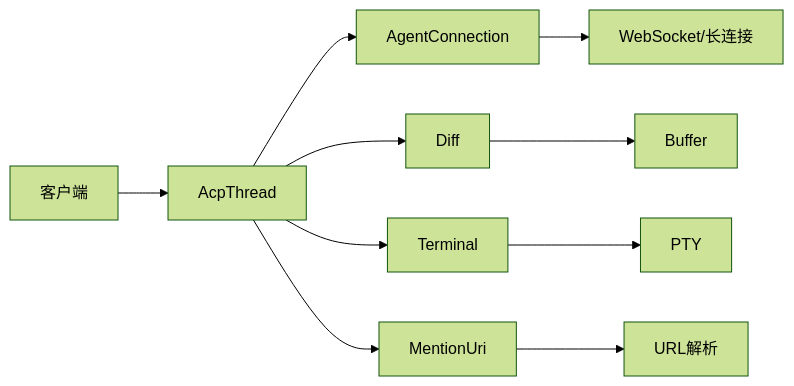
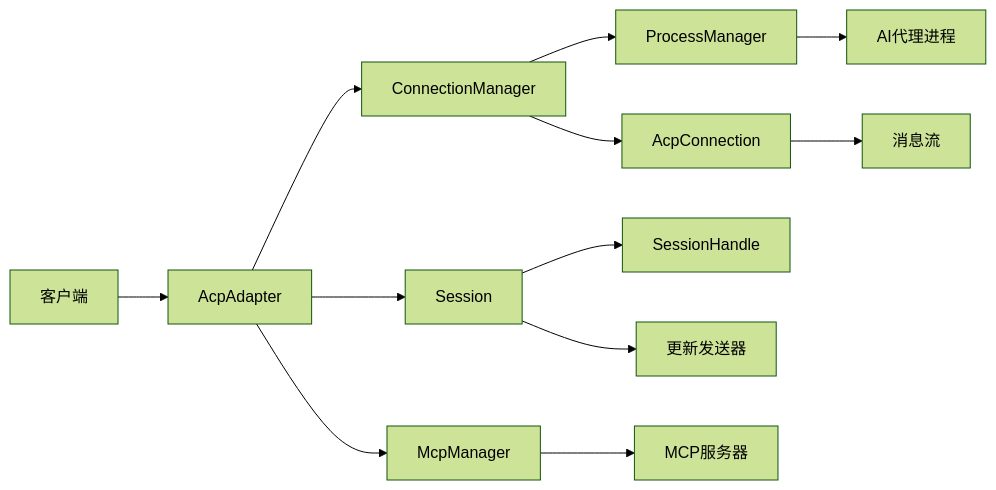
Before and after one commit to nuwax-ai/rcoder: the second of 6 diagrams in .qoder/repowiki/zh/content/ACP协议实现/ACP协议实现.md, drawn with Mermaid (forest theme). The commit also changed other lines of this file and 85 other files, not shown here.

First line of the commit message:
refactor(acp_adapter): 重构会话管理及连接模块以替代旧实现

````diff
--- a/.qoder/repowiki/zh/content/ACP协议实现/ACP协议实现.md
+++ b/.qoder/repowiki/zh/content/ACP协议实现/ACP协议实现.md
@@ -65,12 +82,14 @@
 ```mermaid
 graph LR
-Client[客户端] --> AcpThread[AcpThread]
-AcpThread --> Connection[AgentConnection]
-Connection --> WebSocket[WebSocket/长连接]
-AcpThread --> Diff[Diff]
-AcpThread --> Terminal[Terminal]
-AcpThread --> Mention[MentionUri]
-Diff --> Buffer[Buffer]
-Terminal --> PTY[PTY]
-Mention --> URL[URL解析]
+Client[客户端] --> AcpAdapter[AcpAdapter]
+AcpAdapter --> ConnectionManager[ConnectionManager]
+AcpAdapter --> McpManager[McpManager]
+ConnectionManager --> ProcessManager[ProcessManager]
+ProcessManager --> AgentProcess[AI代理进程]
+ConnectionManager --> AcpConnection[AcpConnection]
+AcpConnection --> MessageStream[消息流]
+AcpAdapter --> Session[Session]
+Session --> SessionHandle[SessionHandle]
+Session --> UpdateSenders[更新发送器]
+McpManager --> McpServer[MCP服务器]
 ```
````
